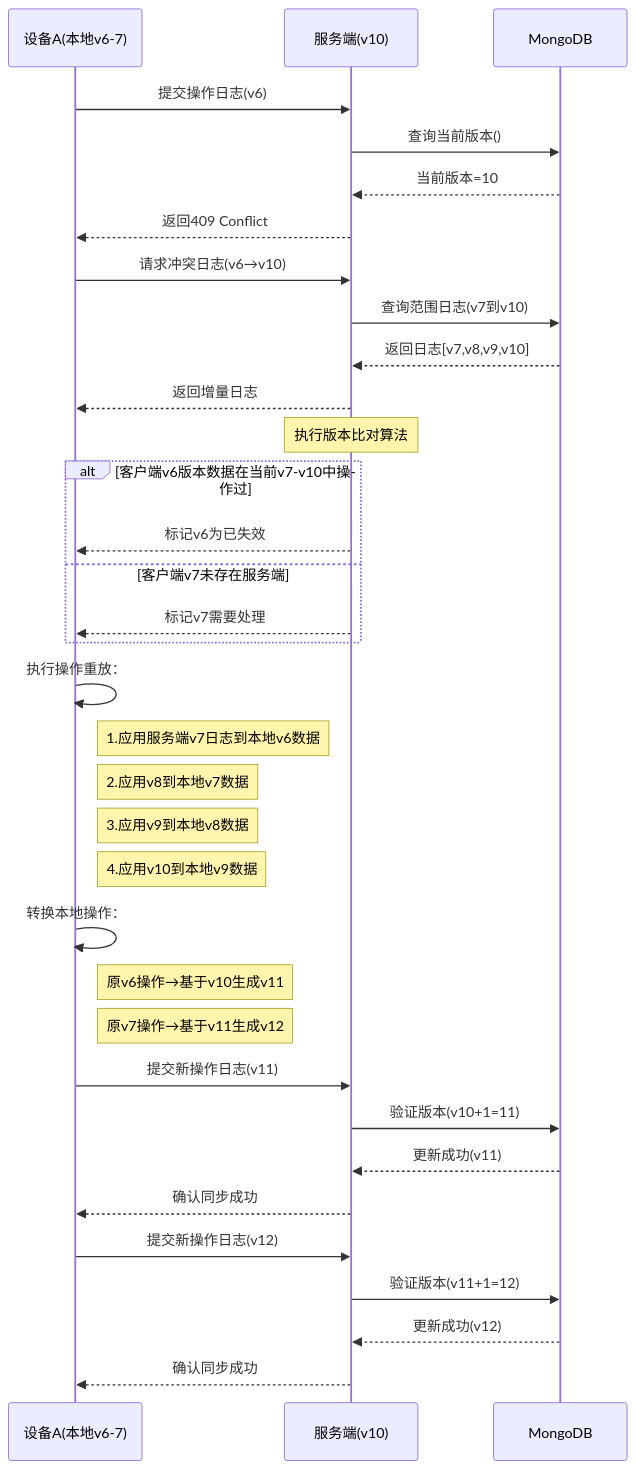
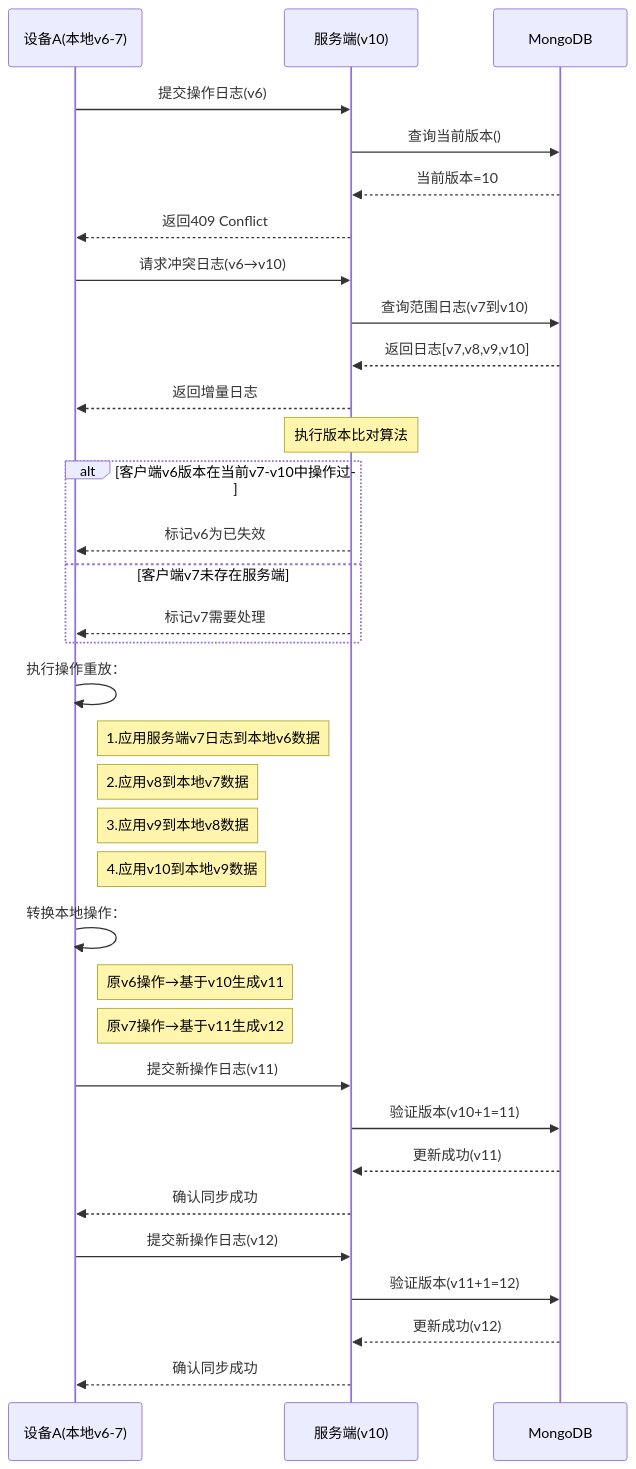
The diagram in all/未命名-26.md (yingjianzh/iodraw-files), drawn with Mermaid before and after one commit.

Commit message:
2025-02-26 16:47:34 update

````diff
--- a/all/未命名-26.md
+++ b/all/未命名-26.md
@@ -1,49 +1,49 @@
 ```mermaid
 sequenceDiagram
     participant A as 设备A(本地v6-7)
     participant S as 服务端(v10)
     participant DB as MongoDB
 
     %% 初始同步尝试
     A->>S: 提交操作日志(v6)
     S->>DB: 查询当前版本()
     DB-->>S: 当前版本=10
     S-->>A: 返回409 Conflict
 
     %% 冲突解决阶段
     A->>S: 请求冲突日志(v6→v10)
     S->>DB: 查询范围日志(v7到v10)
     DB-->>S: 返回日志[v7,v8,v9,v10]
     S-->>A: 返回增量日志
 
 
     Note over S: 执行版本比对算法
-    alt 客户端v6版本数据在当前v7-v10中操作过
+    alt 客户端v6版本在当前v7-v10中操作过
         S-->>A: 标记v6为已失效
     else 客户端v7未存在服务端
         S-->>A: 标记v7需要处理
     end
 
     %% 本地数据重建
     A->>A: 执行操作重放：
     note right of A: 1.应用服务端v7日志到本地v6数据
     note right of A: 2.应用v8到本地v7数据
     note right of A: 3.应用v9到本地v8数据
     note right of A: 4.应用v10到本地v9数据
 
     %% 本地操作转换
     A->>A: 转换本地操作：
     note right of A: 原v6操作→基于v10生成v11
     note right of A: 原v7操作→基于v11生成v12
 
     %% 重新提交
     A->>S: 提交新操作日志(v11)
     S->>DB: 验证版本(v10+1=11)
     DB-->>S: 更新成功(v11)
     S-->>A: 确认同步成功
 
     A->>S: 提交新操作日志(v12)
     S->>DB: 验证版本(v11+1=12)
     DB-->>S: 更新成功(v12)
     S-->>A: 确认同步成功
 ```
````
